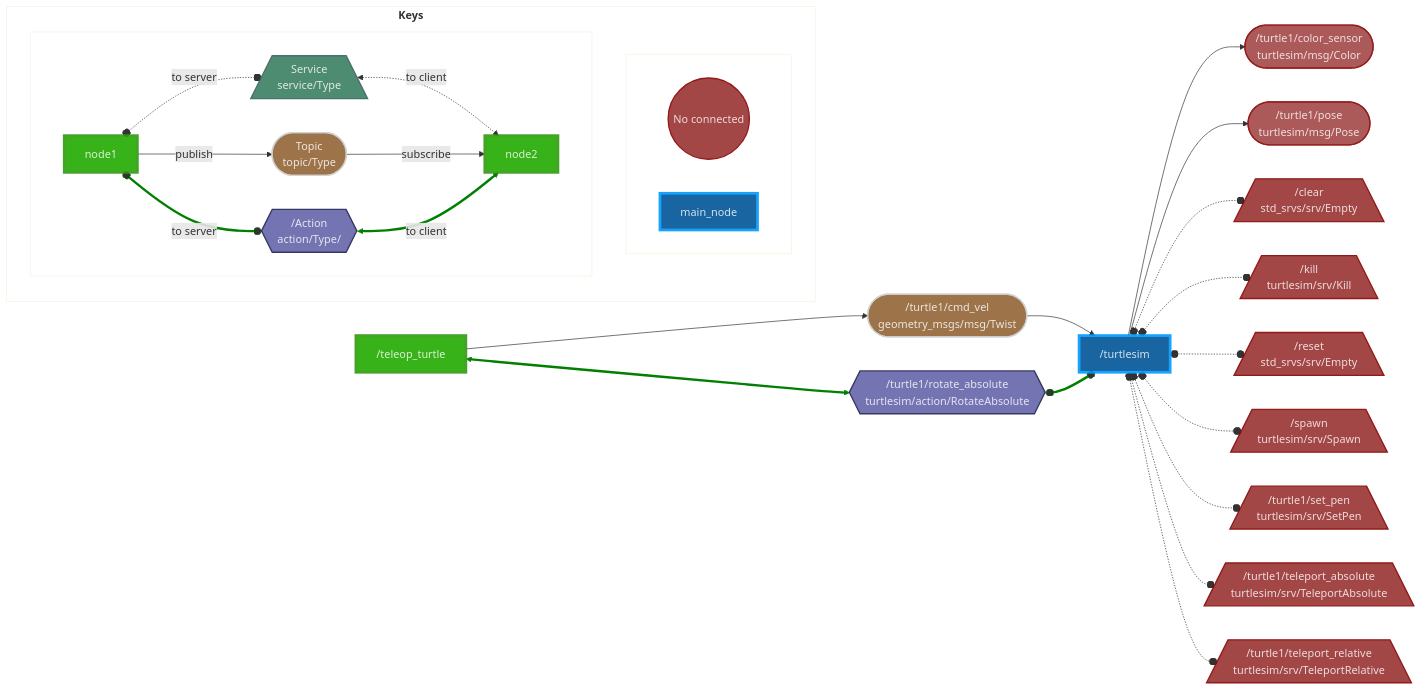
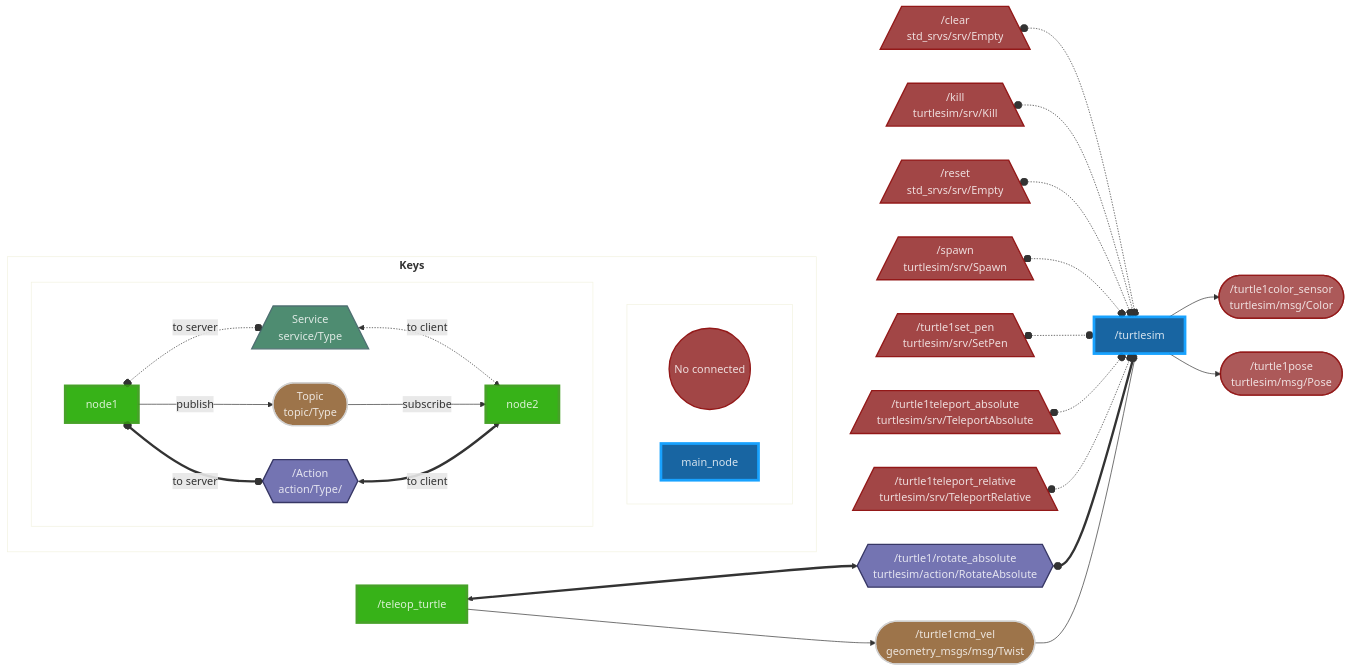
One commit to kiwicampus/ros2_graph changed the diagram in README.md. Above: the diagram before and after it, drawn with Mermaid. The commit also changed other lines of this file and 4 other files, not shown here.

````diff
--- a/README.md
+++ b/README.md
@@ -67,45 +67,55 @@
 ```mermaid
 flowchart LR
 
-/turtle1/cmd_vel([/turtle1/cmd_vel<br>geometry_msgs/msg/Twist]):::topic --> /turtlesim
-/teleop_turtle:::node --> /turtle1/cmd_vel
-/turtlesim --> /turtle1/color_sensor([/turtle1/color_sensor<br>turtlesim/msg/Color]):::bugged
-/turtlesim --> /turtle1/pose([/turtle1/pose<br>turtlesim/msg/Pose]):::bugged
-/turtlesim o-.-o /clear[//clear<br>std_srvs/srv/Empty\]:::bugged
-/turtlesim o-.-o /kill[//kill<br>turtlesim/srv/Kill\]:::bugged
-/turtlesim o-.-o /reset[//reset<br>std_srvs/srv/Empty\]:::bugged
-/turtlesim o-.-o /spawn[//spawn<br>turtlesim/srv/Spawn\]:::bugged
-/turtlesim o-.-o /turtle1/set_pen[//turtle1/set_pen<br>turtlesim/srv/SetPen\]:::bugged
-/turtlesim o-.-o /turtle1/teleport_absolute[//turtle1/teleport_absolute<br>turtlesim/srv/TeleportAbsolute\]:::bugged
-/turtlesim o-.-o /turtle1/teleport_relative[//turtle1/teleport_relative<br>turtlesim/srv/TeleportRelative\]:::bugged
-/turtle1/rotate_absolute{{/turtle1/rotate_absolute<br>turtlesim/action/RotateAbsolute}}:::action o==o /turtlesim
-/teleop_turtle:::node <==> /turtle1/rotate_absolute
-/turtlesim:::main_node
-
+/turtlesim:::main
+/teleop_turtle:::node
+/turtle1cmd_vel([/turtle1cmd_vel<br>geometry_msgs/msg/Twist]):::topic
+/turtle1color_sensor([/turtle1color_sensor<br>turtlesim/msg/Color]):::bugged
+/turtle1pose([/turtle1pose<br>turtlesim/msg/Pose]):::bugged
+/clear[//clear<br>std_srvs/srv/Empty\]:::bugged
+/kill[//kill<br>turtlesim/srv/Kill\]:::bugged
+/reset[//reset<br>std_srvs/srv/Empty\]:::bugged
+/spawn[//spawn<br>turtlesim/srv/Spawn\]:::bugged
+/turtle1set_pen[//turtle1set_pen<br>turtlesim/srv/SetPen\]:::bugged
+/turtle1teleport_absolute[//turtle1teleport_absolute<br>turtlesim/srv/TeleportAbsolute\]:::bugged
+/turtle1teleport_relative[//turtle1teleport_relative<br>turtlesim/srv/TeleportRelative\]:::bugged
+/turtle1/rotate_absolute{{/turtle1/rotate_absolute<br>turtlesim/action/RotateAbsolute}}:::action
+/clear o-.-o /turtlesim
+/kill o-.-o /turtlesim
+/reset o-.-o /turtlesim
+/spawn o-.-o /turtlesim
+/turtle1set_pen o-.-o /turtlesim
+/turtle1teleport_absolute o-.-o /turtlesim
+/turtle1teleport_relative o-.-o /turtlesim
+/teleop_turtle <==> /turtle1/rotate_absolute
+/turtle1/rotate_absolute o==o /turtlesim
+/turtle1cmd_vel --> /turtlesim
+/turtlesim --> /turtle1color_sensor
+/turtlesim --> /turtle1pose
+/teleop_turtle --> /turtle1cmd_vel
 subgraph keys[<b>Keys<b/>]
 subgraph nodes[<b><b/>]
 topicb((No connected)):::bugged
-main_node:::main_node
+main_node:::main
 end
 subgraph connection[<b><b/>]
 node1:::node
 node2:::node
 node1 o-. to server .-o service[/Service<br>service/Type\]:::service
 service <-. to client .-> node2
 node1 -- publish --> topic([Topic<br>topic/Type]):::topic
 topic -- subscribe --> node2
 node1 o== to server ==o action{{/Action<br>action/Type/}}:::action
 action <== to client ==> node2
 end
 end
 classDef node opacity:0.9,fill:#2A0,stroke:#391,stroke-width:4px,color:#fff
 classDef action opacity:0.9,fill:#66A,stroke:#225,stroke-width:2px,color:#fff
 classDef service opacity:0.9,fill:#3B8062,stroke:#3B6062,stroke-width:2px,color:#fff
 classDef topic opacity:0.9,fill:#852,stroke:#CCC,stroke-width:2px,color:#fff
-classDef main_node opacity:0.9,fill:#059,stroke:#09F,stroke-width:4px,color:#fff
+classDef main opacity:0.9,fill:#059,stroke:#09F,stroke-width:4px,color:#fff
 classDef bugged opacity:0.9,fill:#933,stroke:#800,stroke-width:2px,color:#fff
 style keys opacity:0.15,fill:#FFF
 style nodes opacity:0.15,fill:#FFF
 style connection opacity:0.15,fill:#FFF
-linkStyle 11,12,17,18 fill:none,stroke:green;
 ```
````
